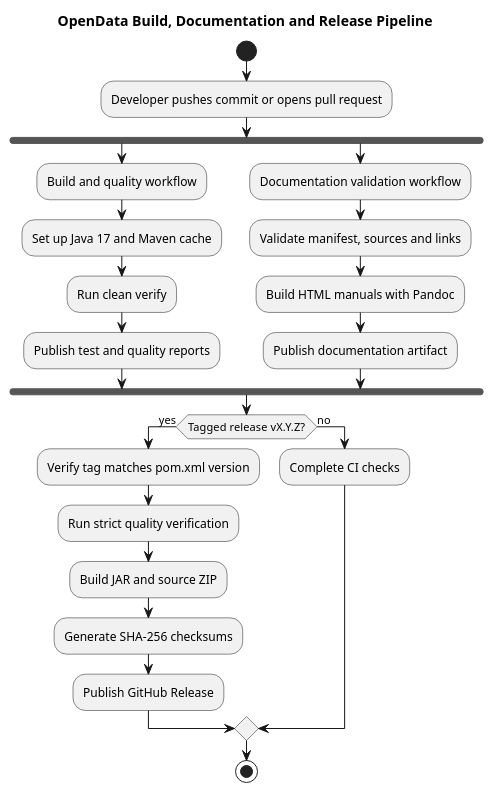
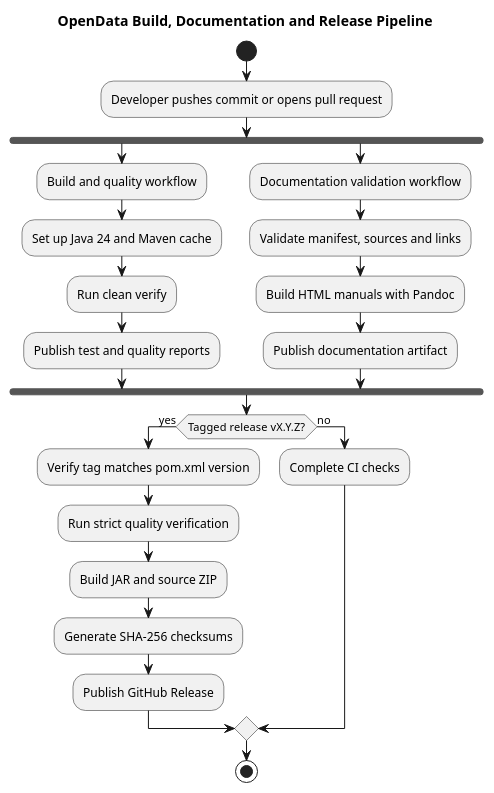
Before and after one commit to TerryCurranZellis/OpenData: the diagram in docs/diagrams/source/ci-release-pipeline.puml, drawn with PlantUML. The commit also changed 268 other files, not shown here.

```diff
--- a/docs/diagrams/source/ci-release-pipeline.puml
+++ b/docs/diagrams/source/ci-release-pipeline.puml
@@ -1,30 +1,30 @@
 @startuml
 ' Copyright © 2026 Terry Curran
 ' SPDX-License-Identifier: Apache-2.0
 
 title OpenData Build, Documentation and Release Pipeline
 
 start
 :Developer pushes commit or opens pull request;
 fork
   :Build and quality workflow;
-  :Set up Java 17 and Maven cache;
+  :Set up Java 24 and Maven cache;
   :Run clean verify;
   :Publish test and quality reports;
 fork again
   :Documentation validation workflow;
   :Validate manifest, sources and links;
   :Build HTML manuals with Pandoc;
   :Publish documentation artifact;
 end fork
 if (Tagged release vX.Y.Z?) then (yes)
   :Verify tag matches pom.xml version;
   :Run strict quality verification;
   :Build JAR and source ZIP;
   :Generate SHA-256 checksums;
   :Publish GitHub Release;
 else (no)
   :Complete CI checks;
 endif
 stop
 @enduml
```
